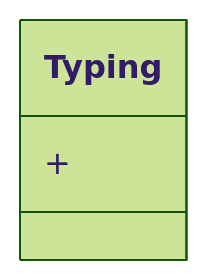
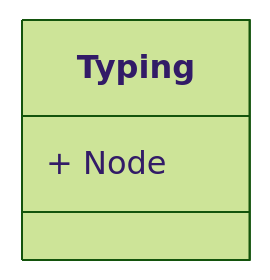
The diagram in all/Untitled.md (UtaSzane/iodraw-files), drawn with Mermaid (forest theme) before and after one commit.

Commit message:
2026-06-08 09:52:12 update

````diff
--- a/all/Untitled.md
+++ b/all/Untitled.md
@@ -1,6 +1,6 @@
 ```mermaid
 classDiagram
     class Typing {
-        + 
+        + Node
     }
 ```
````
